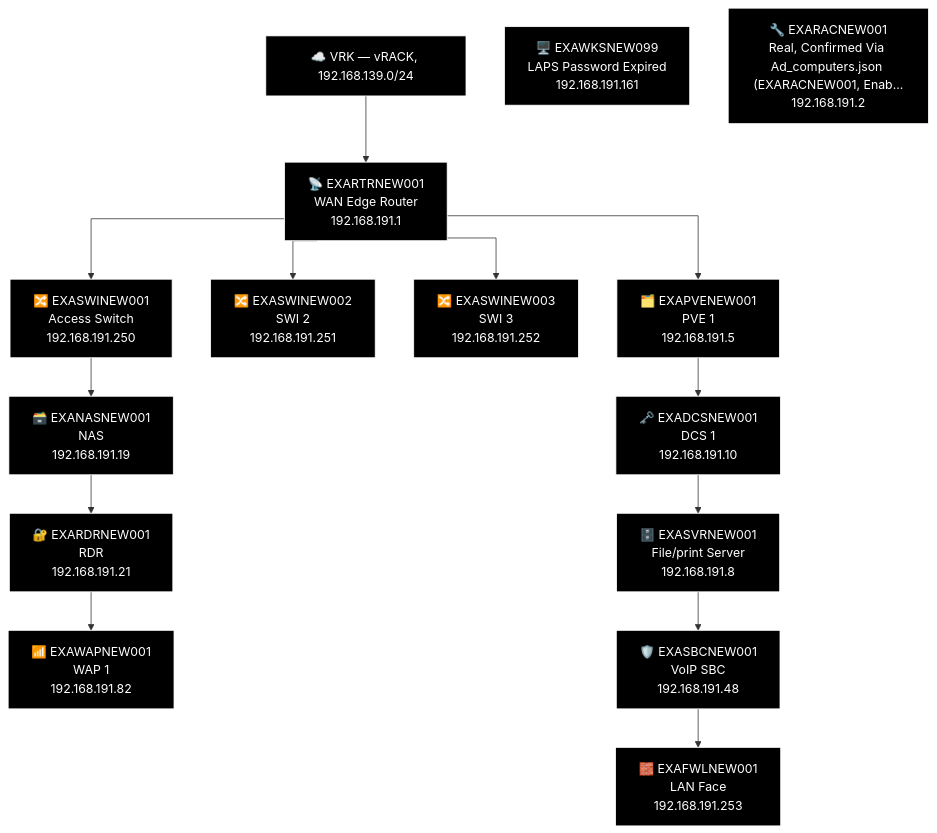
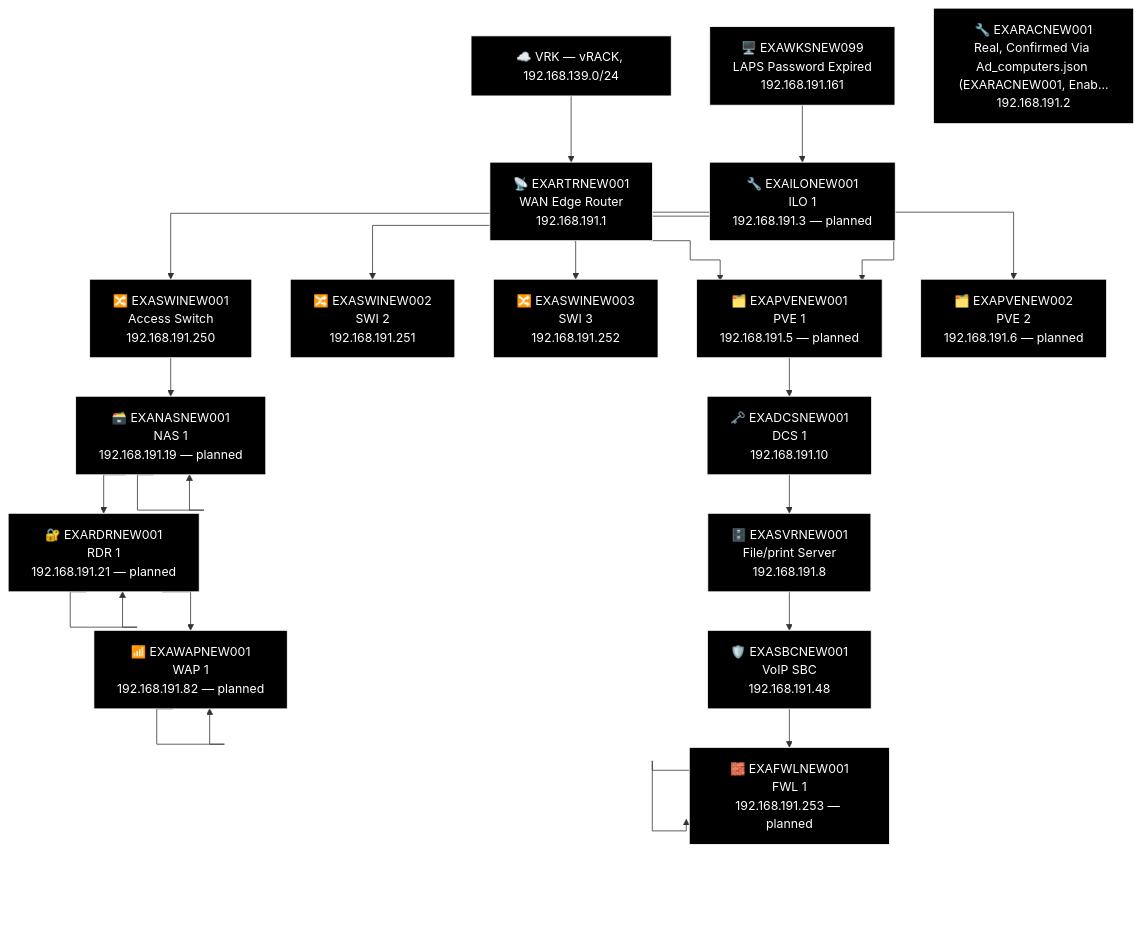
One commit to knightmare2600/example_music_infra changed diagram 15 of 27 in docs/network-diagram/england.md. Above: the diagram before and after it, drawn with Mermaid. The commit also changed other lines of this file and 12 other files, not shown here.

````diff
--- a/docs/network-diagram/england.md
+++ b/docs/network-diagram/england.md
@@ -740,43 +794,60 @@
 ```mermaid
 %% GENERATED:TOPOLOGY:NEW:START
 %%{init: {'flowchart': {'curve': 'stepAfter'}}}%%
 graph TD
     T_VRK["☁️ VRK — vRACK, 192.168.139.0/24"]
     T_RTR["📡 EXARTRNEW001<br/>WAN Edge Router<br/>192.168.191.1"]
     T_VRK --> T_RTR
     T_PVE["🗂️ EXAPVENEW001<br/>PVE 1<br/>192.168.191.5"]
     T_RTR --> T_PVE
     T_SWI["🔀 EXASWINEW002<br/>SWI 2<br/>192.168.191.251"]
     T_RTR --> T_SWI
     T_SWI2["🔀 EXASWINEW003<br/>SWI 3<br/>192.168.191.252"]
     T_RTR --> T_SWI2
     T_SWI3["🔀 EXASWINEW001<br/>Access Switch<br/>192.168.191.250"]
     T_RTR --> T_SWI3
+    T_PVE["🗂️ EXAPVENEW001<br/>PVE 1<br/>192.168.191.5 — planned"]
+    T_RTR --> T_PVE
+    T_PVE2["🗂️ EXAPVENEW002<br/>PVE 2<br/>192.168.191.6 — planned"]
+    T_RTR --> T_PVE2
     T_NAS["🗃️ EXANASNEW001<br/>NAS<br/>192.168.191.19"]
+    T_NAS["🗃️ EXANASNEW001<br/>NAS 1<br/>192.168.191.19 — planned"]
     T_RDR["🔐 EXARDRNEW001<br/>RDR<br/>192.168.191.21"]
+    T_RDR["🔐 EXARDRNEW001<br/>RDR 1<br/>192.168.191.21 — planned"]
     T_WAP["📶 EXAWAPNEW001<br/>WAP 1<br/>192.168.191.82"]
-    T_SWI3 --> T_NAS --> T_RDR --> T_WAP
+    T_WAP["📶 EXAWAPNEW001<br/>WAP 1<br/>192.168.191.82 — planned"]
+    T_SWI3 --> T_NAS --> T_NAS --> T_RDR --> T_RDR --> T_WAP --> T_WAP
     T_DCS["🗝️ EXADCSNEW001<br/>DCS 1<br/>192.168.191.10"]
     T_SVR["🗄️ EXASVRNEW001<br/>File/print Server<br/>192.168.191.8"]
     T_SBC["🛡️ EXASBCNEW001<br/>VoIP SBC<br/>192.168.191.48"]
     T_FWL["🧱 EXAFWLNEW001<br/>LAN Face<br/>192.168.191.253"]
-    T_PVE --> T_DCS --> T_SVR --> T_SBC --> T_FWL
+    T_FWL["🧱 EXAFWLNEW001<br/>FWL 1<br/>192.168.191.253 — planned"]
+    T_PVE --> T_DCS --> T_SVR --> T_SBC --> T_FWL --> T_FWL
     T_WKS["🖥️ EXAWKSNEW099<br/>LAPS Password Expired<br/>192.168.191.161"]
     T_RAC["🔧 EXARACNEW001<br/>Real, Confirmed Via Ad_computers.json (EXARACNEW001, Enab...<br/>192.168.191.2"]
+    T_ILO["🔧 EXAILONEW001<br/>ILO 1<br/>192.168.191.3 — planned"]
+    T_WKS --> T_ILO
     style T_VRK fill:#000000,stroke:#FFFFFF,color:#FFFFFF
     style T_RTR fill:#000000,stroke:#FFFFFF,color:#FFFFFF
     style T_PVE fill:#000000,stroke:#FFFFFF,color:#FFFFFF
     style T_SWI fill:#000000,stroke:#FFFFFF,color:#FFFFFF
     style T_SWI2 fill:#000000,stroke:#FFFFFF,color:#FFFFFF
     style T_SWI3 fill:#000000,stroke:#FFFFFF,color:#FFFFFF
+    style T_PVE fill:#000000,stroke:#FFFFFF,color:#FFFFFF
+    style T_PVE2 fill:#000000,stroke:#FFFFFF,color:#FFFFFF
+    style T_NAS fill:#000000,stroke:#FFFFFF,color:#FFFFFF
     style T_NAS fill:#000000,stroke:#FFFFFF,color:#FFFFFF
     style T_RDR fill:#000000,stroke:#FFFFFF,color:#FFFFFF
+    style T_RDR fill:#000000,stroke:#FFFFFF,color:#FFFFFF
+    style T_WAP fill:#000000,stroke:#FFFFFF,color:#FFFFFF
     style T_WAP fill:#000000,stroke:#FFFFFF,color:#FFFFFF
     style T_DCS fill:#000000,stroke:#FFFFFF,color:#FFFFFF
     style T_SVR fill:#000000,stroke:#FFFFFF,color:#FFFFFF
     style T_SBC fill:#000000,stroke:#FFFFFF,color:#FFFFFF
     style T_FWL fill:#000000,stroke:#FFFFFF,color:#FFFFFF
+    style T_FWL fill:#000000,stroke:#FFFFFF,color:#FFFFFF
     style T_WKS fill:#000000,stroke:#FFFFFF,color:#FFFFFF
     style T_RAC fill:#000000,stroke:#FFFFFF,color:#FFFFFF
+    style T_ILO fill:#000000,stroke:#FFFFFF,color:#FFFFFF
 %% GENERATED:TOPOLOGY:NEW:END
 ```
````
